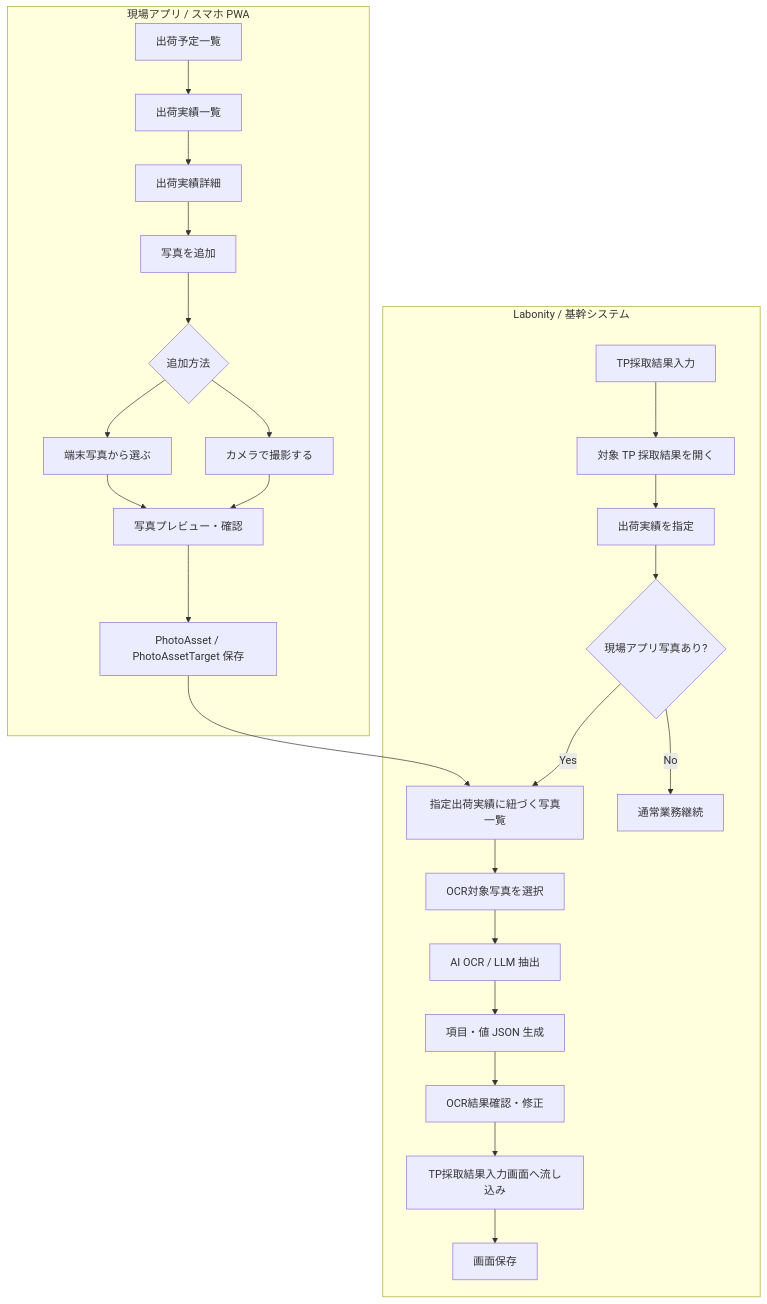
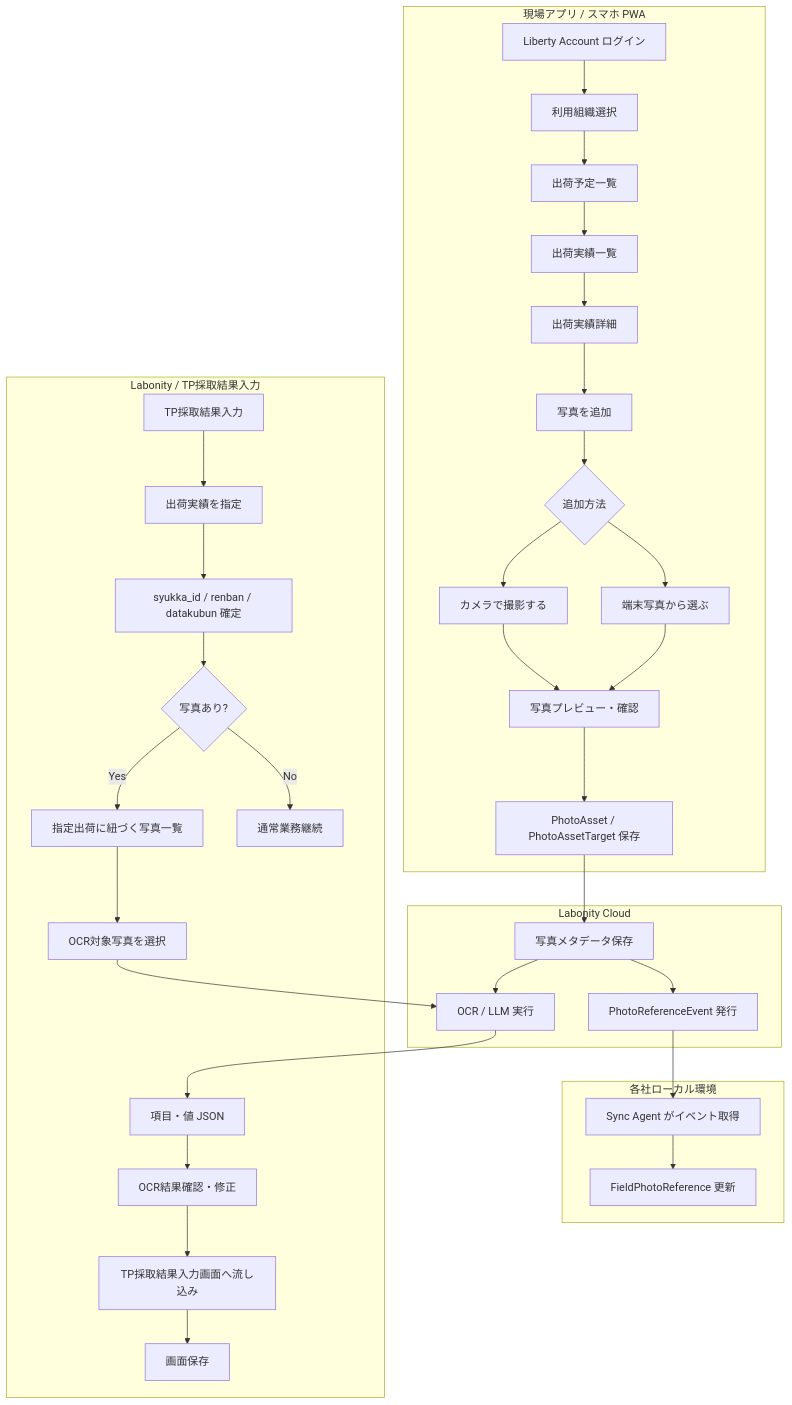
Before and after one commit to sakku0039/FieldTester: the first of 4 diagrams in docs/Labonity用現場試験アプリ_設計書_v1.0.md, drawn with Mermaid. The commit also changed other lines of this file and 8 other files, not shown here.

````diff
--- a/docs/Labonity用現場試験アプリ_設計書_v1.0.md
+++ b/docs/Labonity用現場試験アプリ_設計書_v1.0.md
@@ -97,30 +154,41 @@
 ```mermaid
 flowchart TD
     subgraph FieldApp["現場アプリ / スマホ PWA"]
-        A["出荷予定一覧"] --> B["出荷実績一覧"]
+        A["Liberty Account ログイン"] --> A0["利用組織選択"]
+        A0 --> A1["出荷予定一覧"]
+        A1 --> B["出荷実績一覧"]
         B --> C["出荷実績詳細"]
         C --> D["写真を追加"]
         D --> E{"追加方法"}
         E --> E1["カメラで撮影する"]
         E --> E2["端末写真から選ぶ"]
         E1 --> F["写真プレビュー・確認"]
         E2 --> F
         F --> G["PhotoAsset / PhotoAssetTarget 保存"]
     end
 
-    subgraph Labonity["Labonity / 基幹システム"]
-        H["TP採取結果入力"] --> I["対象 TP 採取結果を開く"]
-        I --> J["出荷実績を指定"]
-        J --> K{"現場アプリ写真あり?"}
-        K -- Yes --> L["指定出荷実績に紐づく写真一覧"]
+    subgraph Cloud["Labonity Cloud"]
+        G --> C4["写真メタデータ保存"]
+        C4 --> C5["PhotoReferenceEvent 発行"]
+        C4 --> OCR["OCR / LLM 実行"]
+    end
+
+    subgraph Local["各社ローカル環境"]
+        C5 --> L4["Sync Agent がイベント取得"]
+        L4 --> L5["FieldPhotoReference 更新"]
+    end
+
+    subgraph Labonity["Labonity / TP採取結果入力"]
+        H["TP採取結果入力"] --> I["出荷実績を指定"]
+        I --> J["syukka_id / renban / datakubun 確定"]
+        J --> K{"写真あり?"}
+        K -- Yes --> L["指定出荷に紐づく写真一覧"]
         K -- No --> M["通常業務継続"]
         L --> N["OCR対象写真を選択"]
-        N --> O["AI OCR / LLM 抽出"]
-        O --> P["項目・値 JSON 生成"]
+        N --> OCR
+        OCR --> P["項目・値 JSON"]
         P --> Q["OCR結果確認・修正"]
         Q --> R["TP採取結果入力画面へ流し込み"]
         R --> S["画面保存"]
     end
-
-    G --> L
 ```
````
